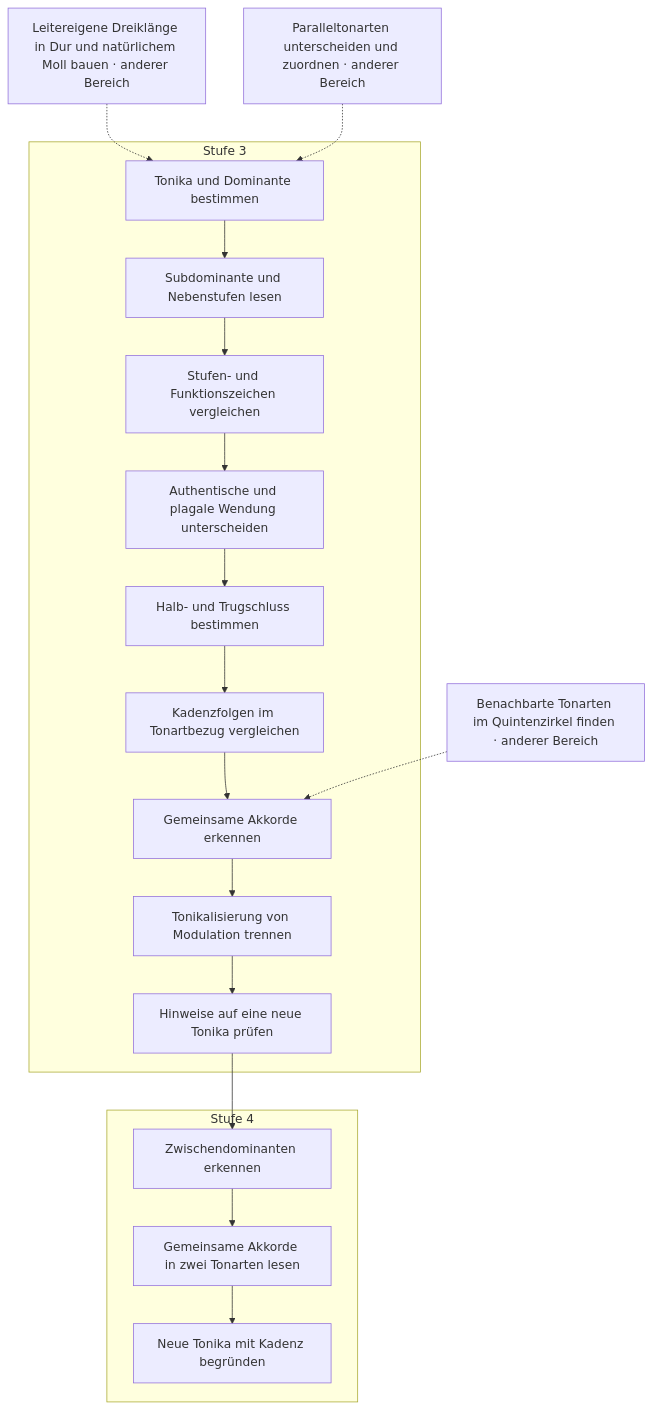
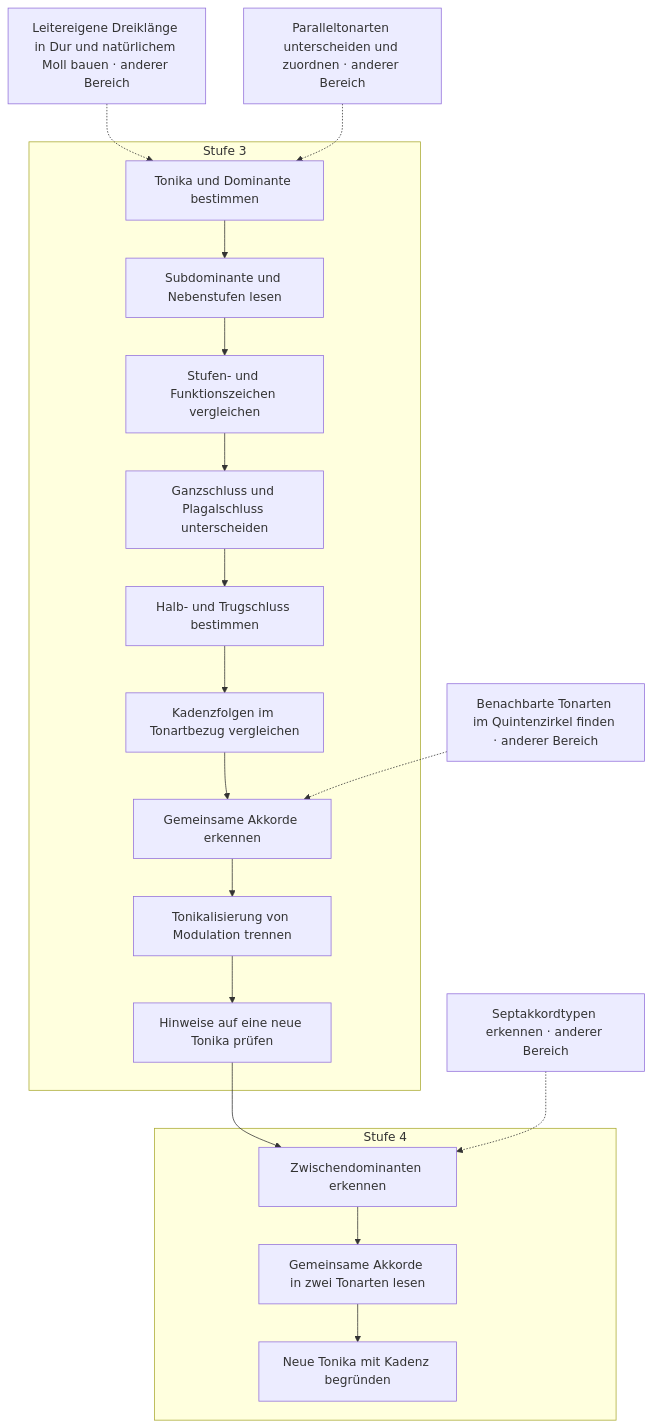
Before and after one commit to PhiFa96/harmonia: the tenth of 16 diagrams in docs/plan/faehigkeitsgraph-diagramme.md, drawn with Mermaid. The commit also changed other lines of this file and 1 other file, not shown here.

First line of the commit message:
fix(content): fachlich begründete Voraussetzungen für Stufe 3 und 4 (G-14, A6, A7)

````diff
--- a/docs/plan/faehigkeitsgraph-diagramme.md
+++ b/docs/plan/faehigkeitsgraph-diagramme.md
@@ -773,36 +795,38 @@
 ```mermaid
 flowchart TD
   subgraph level3["Stufe 3"]
     s96["Tonika und Dominante bestimmen"]
     s97["Subdominante und Nebenstufen lesen"]
     s98["Stufen- und Funktionszeichen vergleichen"]
-    s99["Authentische und plagale Wendung unterscheiden"]
+    s99["Ganzschluss und Plagalschluss unterscheiden"]
     s100["Halb- und Trugschluss bestimmen"]
     s101["Kadenzfolgen im Tonartbezug vergleichen"]
     s102["Gemeinsame Akkorde erkennen"]
     s103["Tonikalisierung von Modulation trennen"]
     s104["Hinweise auf eine neue Tonika prüfen"]
   end
   subgraph level4["Stufe 4"]
     s135["Zwischendominanten erkennen"]
     s136["Gemeinsame Akkorde in zwei Tonarten lesen"]
     s137["Neue Tonika mit Kadenz begründen"]
   end
   s74["Leitereigene Dreiklänge in Dur und natürlichem Moll bauen · anderer Bereich"]
   s68["Paralleltonarten unterscheiden und zuordnen · anderer Bereich"]
   s66["Benachbarte Tonarten im Quintenzirkel finden · anderer Bereich"]
+  s93["Septakkordtypen erkennen · anderer Bereich"]
   s74 -.-> s96
   s68 -.-> s96
   s96 --> s97
   s97 --> s98
   s98 --> s99
   s99 --> s100
   s100 --> s101
   s101 --> s102
   s66 -.-> s102
   s102 --> s103
   s103 --> s104
   s104 --> s135
+  s93 -.-> s135
   s135 --> s136
   s136 --> s137
 ```
````
